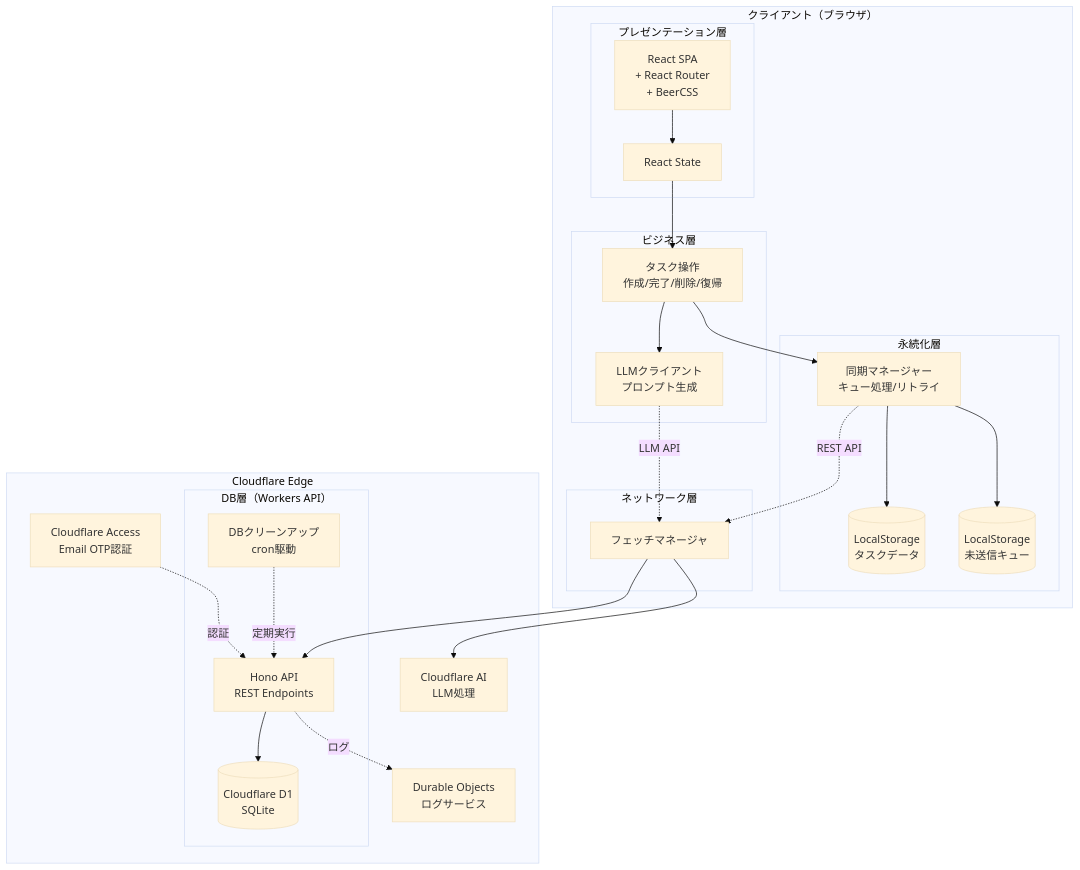
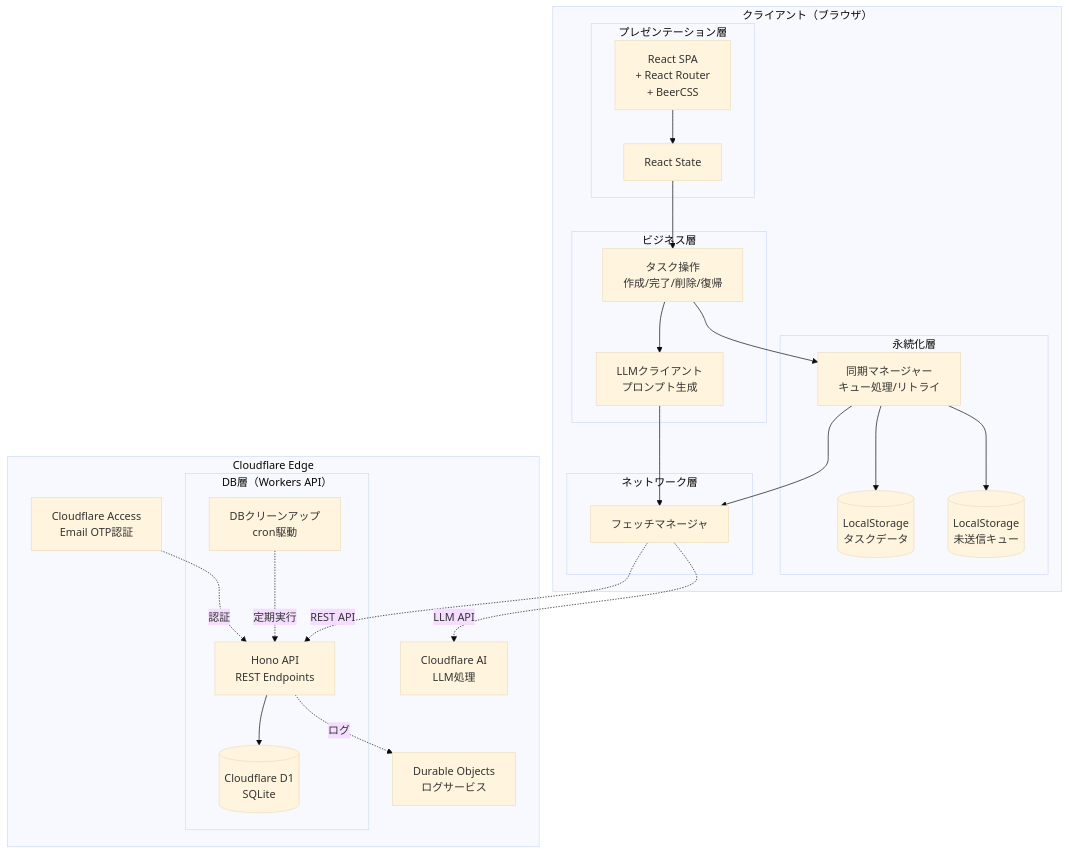
The first of 4 diagrams in doc/04_ARCHETECTURE.md (osawa-naotaka/vanishtodo), drawn with Mermaid (base theme) before and after one commit. The commit also changed other lines of this file and 1 other file, not shown here.

````diff
--- a/doc/04_ARCHETECTURE.md
+++ b/doc/04_ARCHETECTURE.md
@@ -26,52 +26,52 @@
 ```mermaid
 graph TB
     subgraph "クライアント（ブラウザ）"
         subgraph "プレゼンテーション層"
             UI[React SPA<br/>+ React Router<br/>+ BeerCSS]
             State[React State]
         end
         
         subgraph "ビジネス層"
             TaskOps[タスク操作<br/>作成/完了/削除/復帰]
             LLMClient[LLMクライアント<br/>プロンプト生成]
         end
         
         subgraph "永続化層"
             LocalStorage[(LocalStorage<br/>タスクデータ)]
             SyncQueue[(LocalStorage<br/>未送信キュー)]
             SyncManager[同期マネージャー<br/>キュー処理/リトライ]
         end
 
         subgraph "ネットワーク層"
             Fetch[フェッチマネージャ]
         end
     end
     
     subgraph "Cloudflare Edge"
         Access[Cloudflare Access<br/>Email OTP認証]
         
         subgraph "DB層（Workers API）"
             Workers[Hono API<br/>REST Endpoints]
             D1[(Cloudflare D1<br/>SQLite)]
             Cron[DBクリーンアップ<br/>cron駆動]
         end
         
         AI[Cloudflare AI<br/>LLM処理]
         DurableObj[Durable Objects<br/>ログサービス]
     end
     
     UI --> State
     State --> TaskOps
     TaskOps --> LLMClient
     TaskOps --> SyncManager
-    LLMClient -.LLM API.-> Fetch
+    LLMClient --> Fetch
     SyncManager --> LocalStorage
     SyncManager --> SyncQueue
-    SyncManager -.REST API.-> Fetch
-    Fetch --> Workers
-    Fetch --> AI
+    SyncManager --> Fetch
+    Fetch -.REST API.-> Workers
+    Fetch -.LLM API.-> AI
     Workers --> D1
     Workers -.ログ.-> DurableObj
     Cron -.定期実行.-> Workers
     Access -.認証.-> Workers
 ```
````
